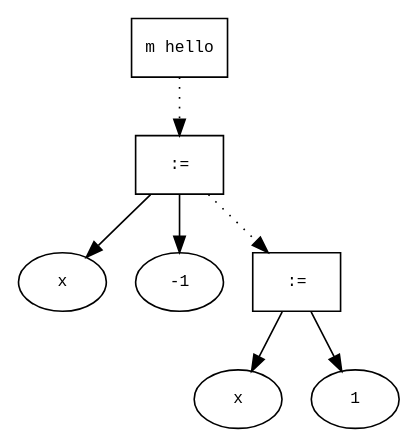
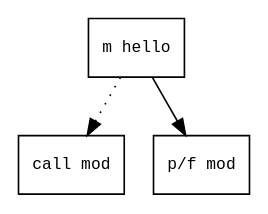
The diagram in 2.Parsing/mytest.mod.ast.dot (Hyunjin95/Compilers), drawn with Graphviz before and after one commit. The commit also changed 1 other file, not shown here.

```diff
--- a/2.Parsing/mytest.mod.ast.dot
+++ b/2.Parsing/mytest.mod.ast.dot
@@ -1,19 +1,11 @@
 digraph AST {
   graph [fontname="Times New Roman",fontsize=10];
   node  [fontname="Courier New",fontsize=10];
   edge  [fontname="Times New Roman",fontsize=10];
 
   node0 [label="m hello",shape=box];
-  node3 [label=":=",shape=box];
-  node1 [label="x",shape=ellipse];
-  node3->node1;
-  node2 [label="-1",shape=ellipse];
-  node3->node2;
-  node0 -> node3 [style=dotted];
-  node6 [label=":=",shape=box];
-  node4 [label="x",shape=ellipse];
-  node6->node4;
-  node5 [label="1",shape=ellipse];
-  node6->node5;
-  node3 -> node6 [style=dotted];
+  node2 [label="call mod",shape=box];
+  node0 -> node2 [style=dotted];
+  node1 [label="p/f mod",shape=box];
+  node0 -> node1;
 }
```
